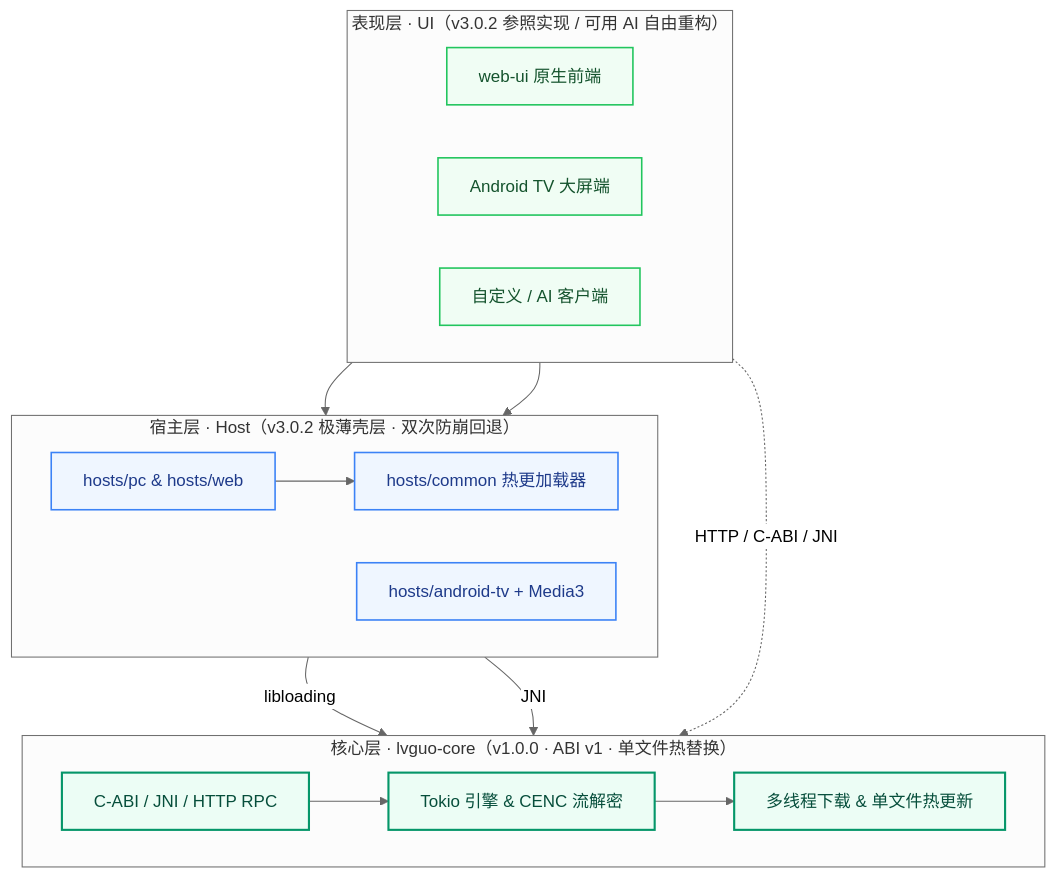
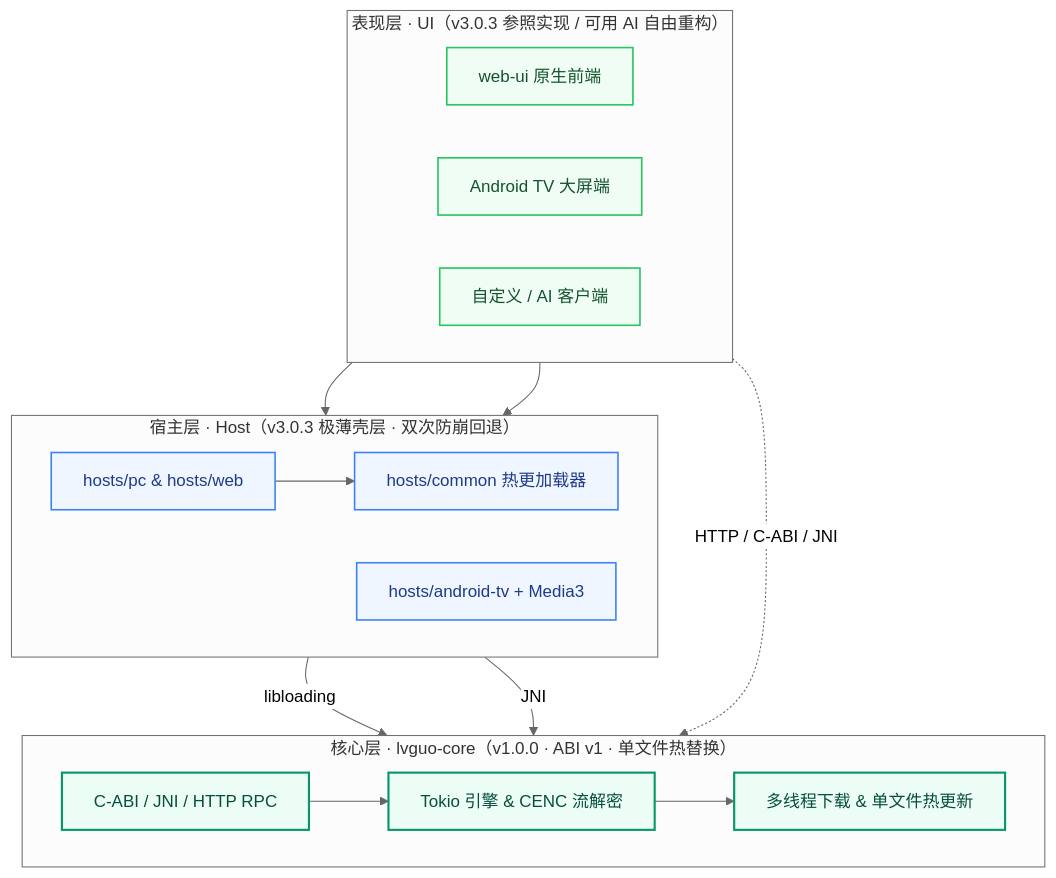
One commit to Amor5207/lvguo-core changed the diagram in README.md. Above: the diagram before and after it, drawn with Mermaid (neutral theme). The commit also changed other lines of this file and 10 other files, not shown here.

````diff
--- a/README.md
+++ b/README.md
@@ -105,36 +105,36 @@
 ```mermaid
 flowchart TB
-    subgraph UI["表现层 · UI（v3.0.2 参照实现 / 可用 AI 自由重构）"]
+    subgraph UI["表现层 · UI（v3.0.3 参照实现 / 可用 AI 自由重构）"]
         direction LR
         WebUI["web-ui 原生前端"]
         TvUI["Android TV 大屏端"]
         CustomUI["自定义 / AI 客户端"]
     end
 
-    subgraph HOST["宿主层 · Host（v3.0.2 极薄壳层 · 双次防崩回退）"]
+    subgraph HOST["宿主层 · Host（v3.0.3 极薄壳层 · 双次防崩回退）"]
         direction LR
         PcWeb["hosts/pc & hosts/web"]
         Common["hosts/common 热更加载器"]
         TvHost["hosts/android-tv + Media3"]
     end
 
     subgraph CORE["核心层 · lvguo-core（v1.0.0 · ABI v1 · 单文件热替换）"]
         direction LR
         Boundary["C-ABI / JNI / HTTP RPC"]
         Stream["Tokio 引擎 & CENC 流解密"]
         Delivery["多线程下载 & 单文件热更新"]
     end
 
     WebUI --> PcWeb --> Common
     Common -->|"libloading"| Boundary
     TvUI --> TvHost -->|"JNI"| Boundary
     CustomUI -.->|"HTTP / C-ABI / JNI"| Boundary
     Boundary --> Stream --> Delivery
 
     classDef uiCls fill:#f0fdf4,stroke:#22c55e,color:#14532d,stroke-width:1.5px
     classDef hostCls fill:#eff6ff,stroke:#3b82f6,color:#1e3a8a,stroke-width:1.5px
     classDef coreCls fill:#ecfdf5,stroke:#059669,color:#064e3b,stroke-width:2px
     class WebUI,TvUI,CustomUI uiCls
     class PcWeb,Common,TvHost hostCls
     class Boundary,Stream,Delivery coreCls
 ```
````
